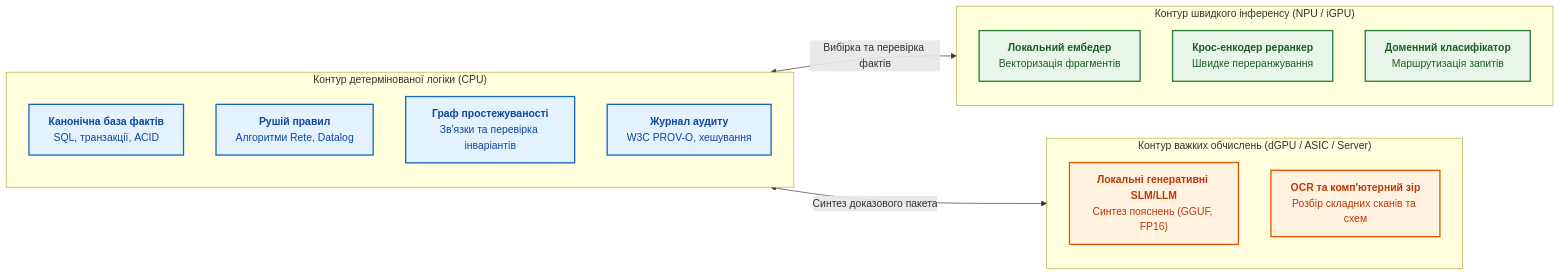
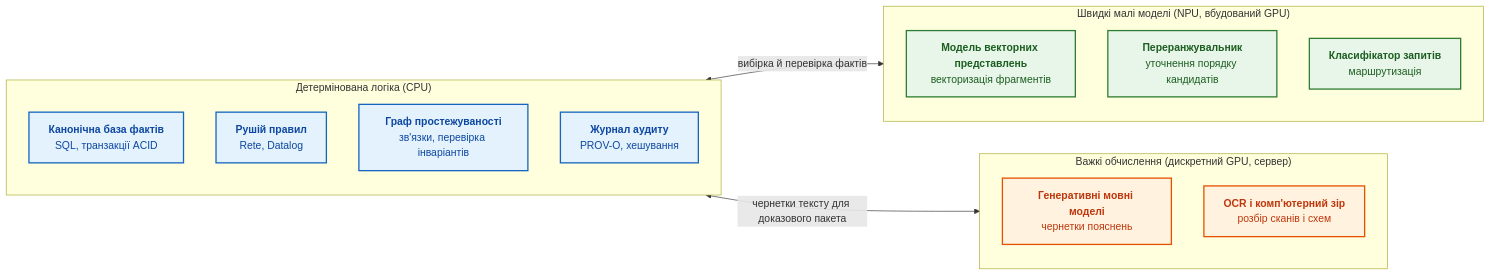
The first of 7 diagrams in ExpertSystem/ch18-execution-infrastructure.md (nick-fedchik/articles), drawn with Mermaid before and after one commit. The commit also changed other lines of this file, not shown here.

````diff
--- a/ExpertSystem/ch18-execution-infrastructure.md
+++ b/ExpertSystem/ch18-execution-infrastructure.md
@@ -14,37 +17,37 @@
 ```mermaid
 flowchart LR
     accTitle: Розподіл компонентів експертної системи за обчислювальними платформами
-    accDescr: Схема взаємодії між логічним ядром на CPU, локальними моделями на NPU та генеративними сервісами на GPU.
+    accDescr: Детермінована логіка працює на CPU, швидкі малі моделі на NPU або вбудованому GPU, а важкі генеративні моделі та OCR на дискретному GPU чи сервері.
 
-    subgraph CPUZone["Контур детермінованої логіки (CPU)"]
+    subgraph CPUZone["Детермінована логіка (CPU)"]
         direction TB
-        C1["<b>Канонічна база фактів</b><br/>SQL, транзакції, ACID"]
-        C2["<b>Рушій правил</b><br/>Алгоритми Rete, Datalog"]
-        C3["<b>Граф простежуваності</b><br/>Зв'язки та перевірка інваріантів"]
-        C4["<b>Журнал аудиту</b><br/>W3C PROV-O, хешування"]
+        C1["<b>Канонічна база фактів</b><br/>SQL, транзакції ACID"]
+        C2["<b>Рушій правил</b><br/>Rete, Datalog"]
+        C3["<b>Граф простежуваності</b><br/>зв'язки, перевірка інваріантів"]
+        C4["<b>Журнал аудиту</b><br/>PROV-O, хешування"]
     end
 
-    subgraph FastZone["Контур швидкого інференсу (NPU / iGPU)"]
+    subgraph FastZone["Швидкі малі моделі (NPU, вбудований GPU)"]
         direction TB
-        N1["<b>Локальний ембедер</b><br/>Векторизація фрагментів"]
-        N2["<b>Крос-енкодер реранкер</b><br/>Швидке переранжування"]
-        N3["<b>Доменний класифікатор</b><br/>Маршрутизація запитів"]
+        N1["<b>Модель векторних представлень</b><br/>векторизація фрагментів"]
+        N2["<b>Переранжувальник</b><br/>уточнення порядку кандидатів"]
+        N3["<b>Класифікатор запитів</b><br/>маршрутизація"]
     end
 
-    subgraph HeavyZone["Контур важких обчислень (dGPU / ASIC / Server)"]
+    subgraph HeavyZone["Важкі обчислення (дискретний GPU, сервер)"]
         direction TB
-        G1["<b>Локальні генеративні SLM/LLM</b><br/>Синтез пояснень (GGUF, FP16)"]
-        G2["<b>OCR та комп'ютерний зір</b><br/>Розбір складних сканів та схем"]
+        G1["<b>Генеративні мовні моделі</b><br/>чернетки пояснень"]
+        G2["<b>OCR і комп'ютерний зір</b><br/>розбір сканів і схем"]
     end
 
-    CPUZone <-->|"Вибірка та перевірка фактів"| FastZone
-    CPUZone <-->|"Синтез доказового пакета"| HeavyZone
+    CPUZone <-->|"вибірка й перевірка фактів"| FastZone
+    CPUZone <-->|"чернетки тексту для доказового пакета"| HeavyZone
 
     classDef cpu fill:#e3f2fd,stroke:#1565c0,stroke-width:2px,color:#0d47a1;
     classDef npu fill:#e8f5e9,stroke:#2e7d32,stroke-width:2px,color:#1b5e20;
     classDef gpu fill:#fff3e0,stroke:#e65100,stroke-width:2px,color:#bf360c;
 
     class C1,C2,C3,C4 cpu;
     class N1,N2,N3 npu;
     class G1,G2 gpu;
 ```
````
